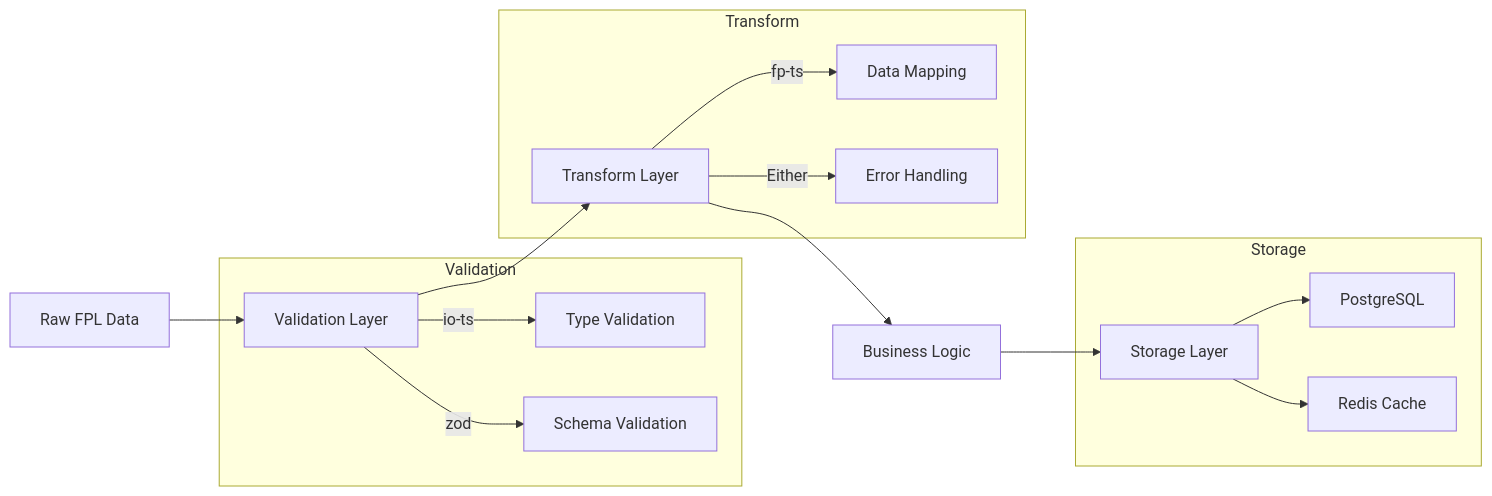
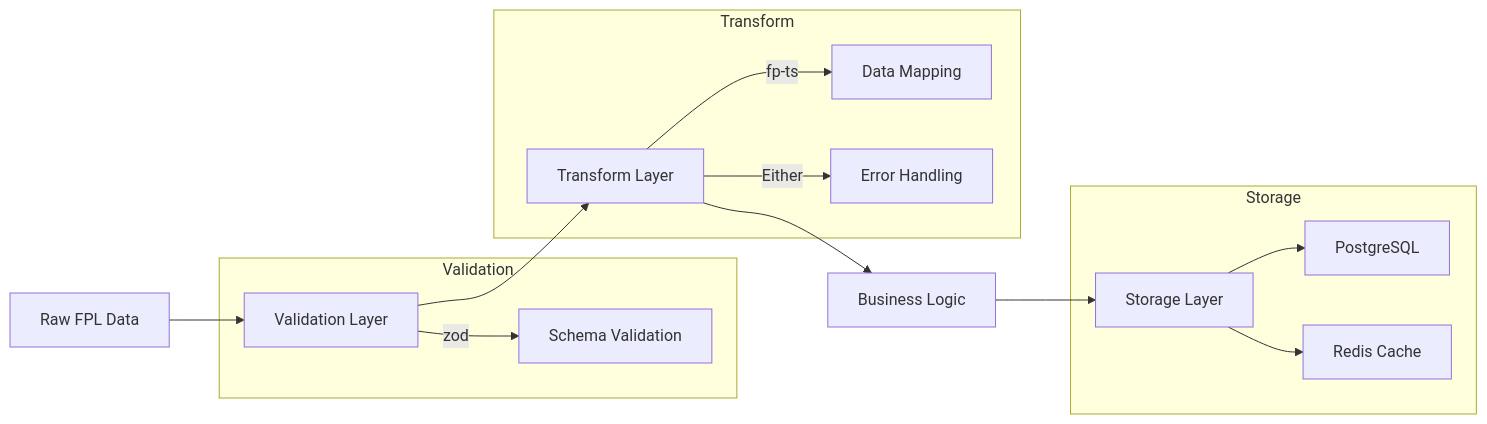
One commit to tonglam/letletme_data changed the third of 5 diagrams in README.md. Above: the diagram before and after it, drawn with Mermaid. The commit also changed other lines of this file and 2 other files, not shown here.

````diff
--- a/README.md
+++ b/README.md
@@ -76,22 +76,21 @@
 ```mermaid
 flowchart LR
     A[Raw FPL Data] --> B[Validation Layer]
     B --> C[Transform Layer]
     C --> D[Business Logic]
     D --> E[Storage Layer]
 
     subgraph Validation
-        B --> |io-ts| B1[Type Validation]
-        B --> |zod| B2[Schema Validation]
+        B --> |zod| B1[Schema Validation]
     end
 
     subgraph Transform
         C --> |fp-ts| C1[Data Mapping]
         C --> |Either| C2[Error Handling]
     end
 
     subgraph Storage
         E --> E1[PostgreSQL]
         E --> E2[Redis Cache]
     end
 ```
````
